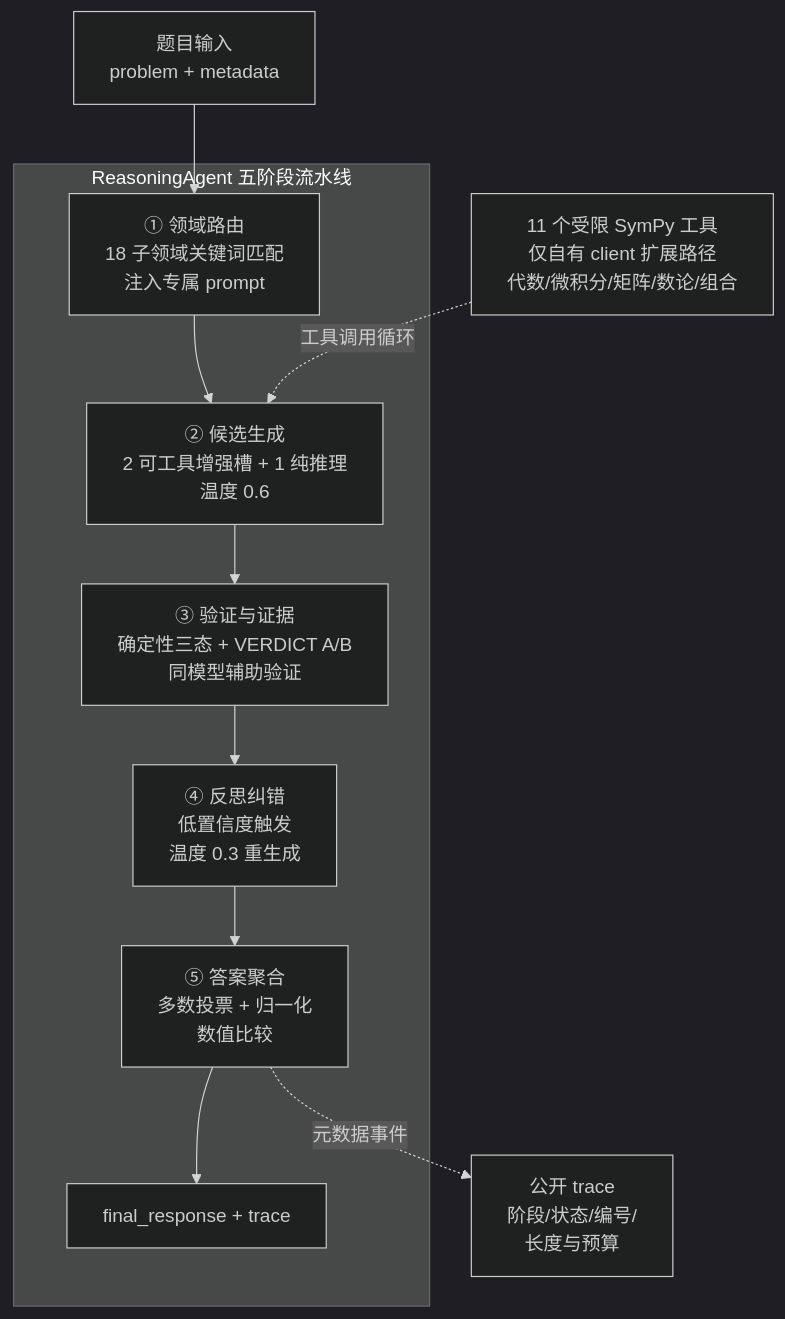
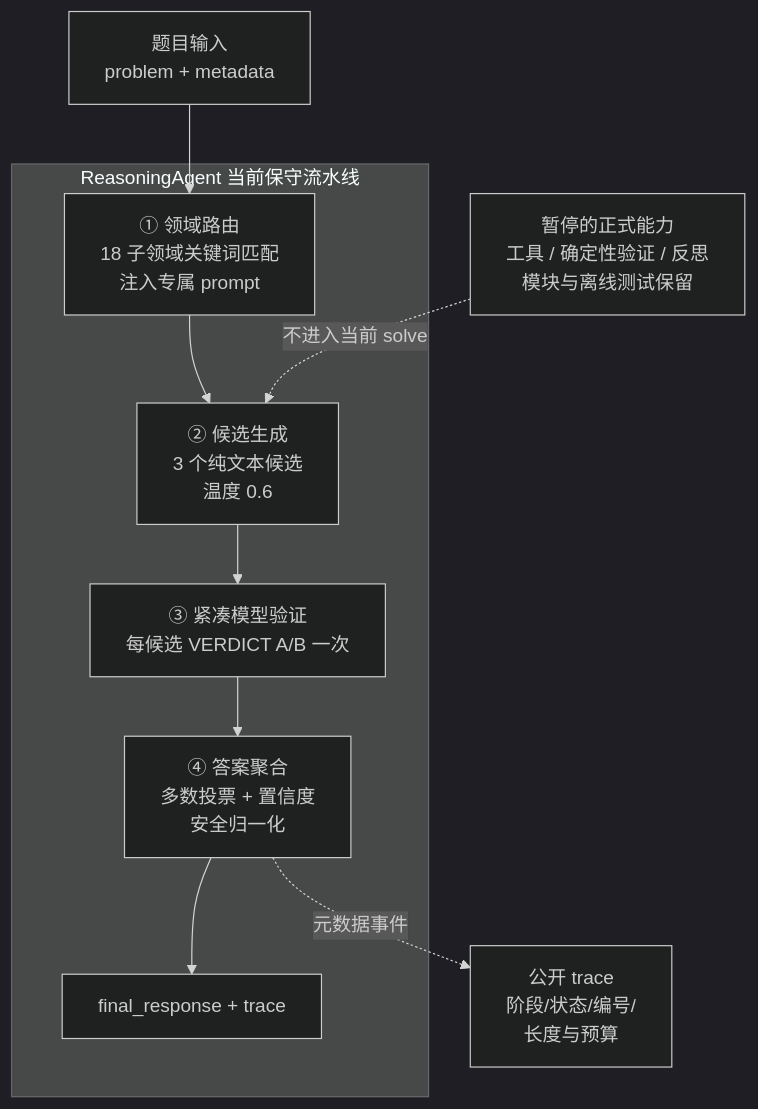
The diagram in 技术报告.md (huangchen725/math_agent), drawn with Mermaid (dark theme) before and after one commit. The commit also changed other lines of this file and 21 other files, not shown here.

````diff
--- a/技术报告.md
+++ b/技术报告.md
@@ -13,14 +13,13 @@
 ```mermaid
 flowchart TB
     P["题目输入<br/>problem + metadata"] --> L1
-    subgraph Agent["ReasoningAgent 五阶段流水线"]
+    subgraph Agent["ReasoningAgent 当前保守流水线"]
         L1["① 领域路由<br/>18 子领域关键词匹配<br/>注入专属 prompt"] --> L2
-        L2["② 候选生成<br/>2 可工具增强槽 + 1 纯推理<br/>温度 0.6"] --> L3
-        L3["③ 验证与证据<br/>确定性三态 + VERDICT A/B<br/>同模型辅助验证"] --> L4
-        L4["④ 反思纠错<br/>低置信度触发<br/>温度 0.3 重生成"] --> L5
-        L5["⑤ 答案聚合<br/>多数投票 + 归一化<br/>数值比较"] --> O
+        L2["② 候选生成<br/>3 个纯文本候选<br/>温度 0.6"] --> L3
+        L3["③ 紧凑模型验证<br/>每候选 VERDICT A/B 一次"] --> L4
+        L4["④ 答案聚合<br/>多数投票 + 置信度<br/>安全归一化"] --> O
     end
-    T["11 个受限 SymPy 工具<br/>仅自有 client 扩展路径<br/>代数/微积分/矩阵/数论/组合"] -.工具调用循环.-> L2
-    L5 -.元数据事件.-> TR["公开 trace<br/>阶段/状态/编号/<br/>长度与预算"]
+    T["暂停的正式能力<br/>工具 / 确定性验证 / 反思<br/>模块与离线测试保留"] -.不进入当前 solve.-> L2
+    L4 -.元数据事件.-> TR["公开 trace<br/>阶段/状态/编号/<br/>长度与预算"]
     O["final_response + trace"]
 ```
````
